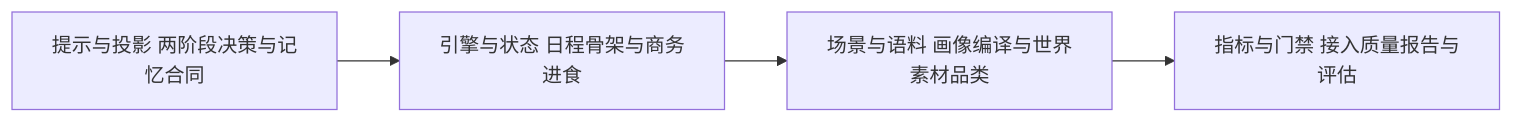
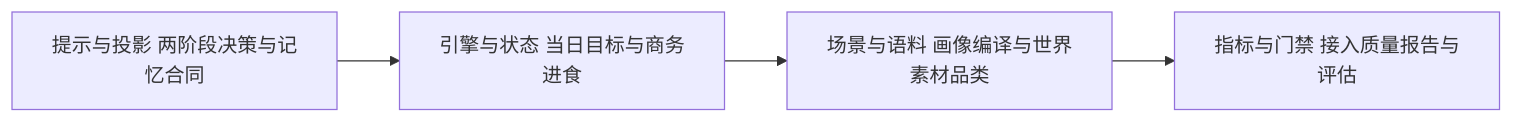
One commit to HoldThatThgt/WorldMock changed the third of 3 diagrams in docs/dev/SPEC-life-realism.md. Above: the diagram before and after it, drawn with Mermaid. The commit also changed other lines of this file and 53 other files, not shown here.

````diff
--- a/docs/dev/SPEC-life-realism.md
+++ b/docs/dev/SPEC-life-realism.md
@@ -464,6 +452,6 @@
 ```mermaid
 flowchart LR
-    A[提示与投影 两阶段决策与记忆合同] --> B[引擎与状态 日程骨架与商务进食]
+    A[提示与投影 两阶段决策与记忆合同] --> B[引擎与状态 当日目标与商务进食]
     B --> C[场景与语料 画像编译与世界素材品类]
     C --> D[指标与门禁 接入质量报告与评估]
 ```
````
